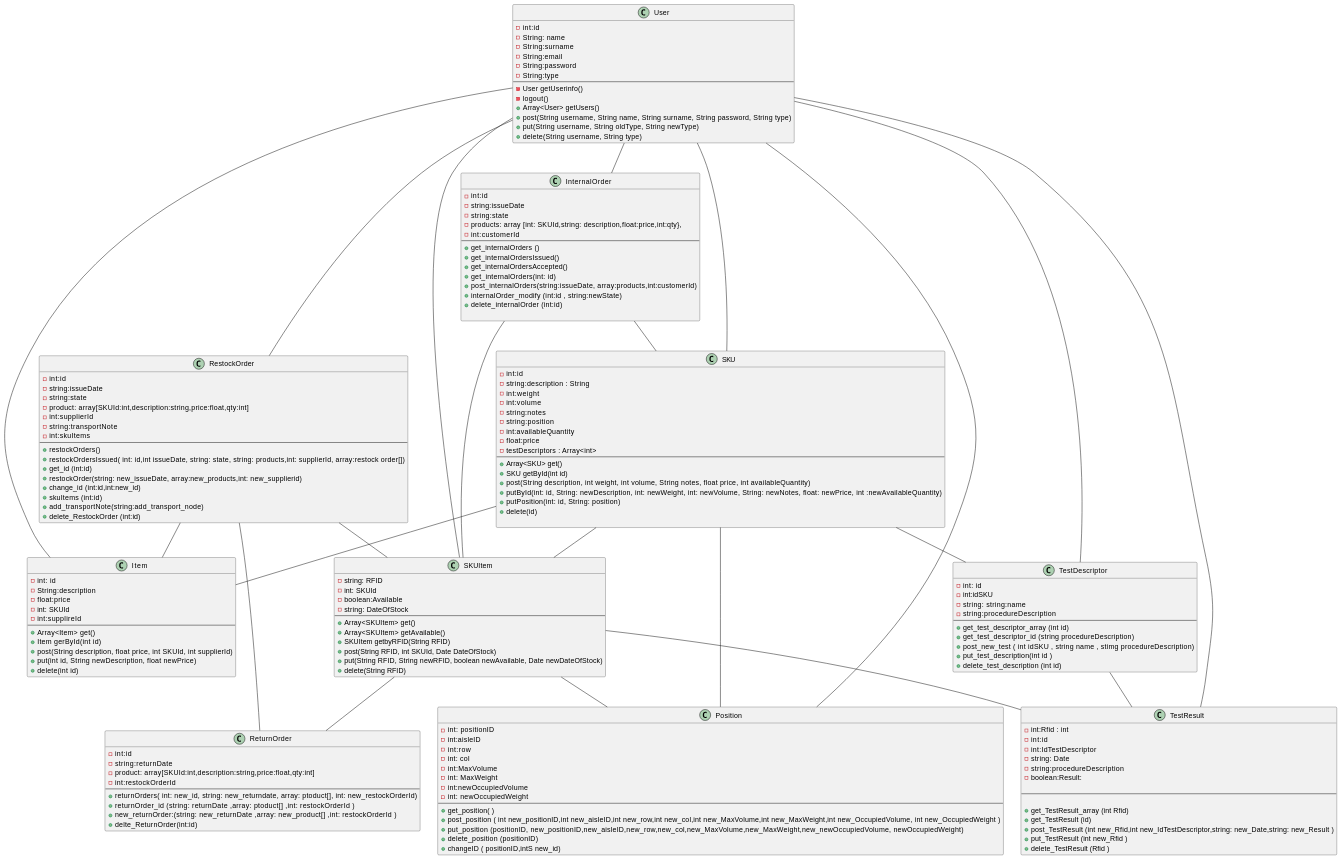
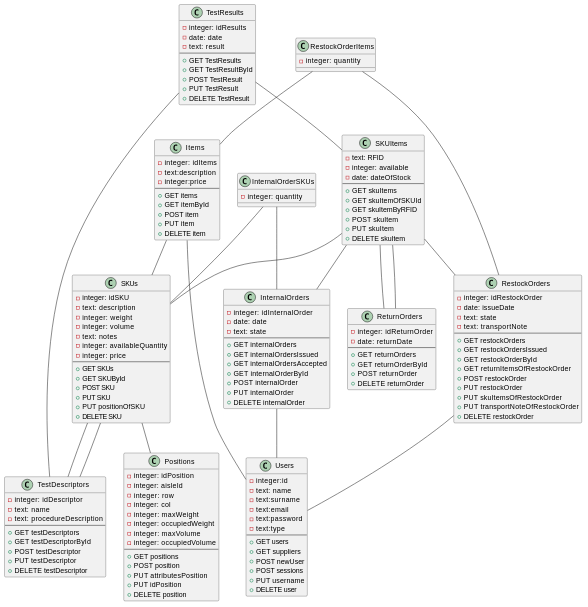
Before and after one commit to robsanity/JavascriptBackEndProjectAndTesting: the first of 5 diagrams in DesignDocument.md, drawn with PlantUML. The commit also changed other lines of this file and 1 other file, not shown here.

Commit message:
design document v3

````diff
--- a/DesignDocument.md
+++ b/DesignDocument.md
@@ -34,197 +40,185 @@
 ```plantuml
 @startuml
+
 top to bottom direction
+
+class Users {
+    - integer:id  
+    - text: name
+    - text:surname
+    - text:email 
+    - text:password 
+    - text:type 
+    --
+    + GET users
+    + GET suppliers
+    + POST newUser
+    + POST sessions
+    + PUT username
+    + DELETE user
+}
+
+class Items {
+    - integer: idItems
+    - text:description 
+    - integer:price 
+    --
+    + GET items
+    + GET itemById
+    + POST item
+    + PUT item
+    + DELETE item
+}
+
+class RestockOrders { 
+    - integer: idRestockOrder
+    - date: issueDate
+    - text: state
+    - text: transportNote
+    --
+    + GET restockOrders
+    + GET restockOrdersIssued
+    + GET restockOrderById
+    + GET returnItemsOfRestockOrder
+    + POST restockOrder
+    + PUT restockOrder
+    + PUT skuItemsOfRestockOrder
+    + PUT transportNoteOfRestockOrder
+    + DELETE restockOrder
+}
+
+class RestockOrderItems { 
+    - integer: quantity
+}
+
+class InternalOrders {
+    - integer: idInternalOrder
+    - date: date
+    - text: state
+    --
+    + GET internalOrders
+    + GET internalOrdersIssued
+    + GET internalOrdersAccepted
+    + GET internalOrderById
+    + POST internalOrder
+    + PUT internalOrder
+    + DELETE internalOrder
+}
+
+class InternalOrderSKUs {
+    - integer: quantity
+}
+
+class ReturnOrders {
+    - integer: idReturnOrder
+    - date: returnDate
+    --
+    + GET returnOrders
+    + GET returnOrderById
+    + POST returnOrder
+    + DELETE returnOrder
+}
+
+class SKUs {
+    - integer: idSKU
+    - text: description
+    - integer: weight
+    - integer: volume
+    - text: notes
+    - integer: availableQuantity
+    - integer: price
+    --
+    + GET SKUs
+    + GET SKUById
+    + POST SKU
+    + PUT SKU
+    + PUT positionOfSKU
+    + DELETE SKU
+}
+
+class SKUItems {
+    - text: RFID
+    - integer: available
+    - date: dateOfStock
+    --
+    + GET skuItems
+    + GET skuItemOfSKUId
+    + GET skuItemByRFID
+    + POST skuItem
+    + PUT skuItem
+    + DELETE skuItem
+}
+
+class TestDescriptors {
+    - integer: idDescriptor
+    - text: name
+    - text: procedureDescription
+    --
+    + GET testDescriptors
+    + GET testDescriptorById
+    + POST testDescriptor
+    + PUT testDescriptor
+    + DELETE testDescriptor
+}
+
+class TestResults {
+    - integer: idResults
+    - date: date
+    - text: result
+    --
+    + GET TestResults
+    + GET TestResultById
+    + POST TestResult
+    + PUT TestResult
+    + DELETE TestResult
+}
+
+class Positions {
+    - integer: idPosition
+    - integer: aisleId
+    - integer: row
+    - integer: col
+    - integer: maxWeight
+    - integer: occupiedWeight
+    - integer: maxVolume
+    - integer: occupiedVolume
+    --
+    + GET positions
+    + POST position
+    + PUT attributesPosition
+    + PUT idPosition
+    + DELETE position
+}
+
+InternalOrders -- Users
+InternalOrderSKUs -- InternalOrders
+InternalOrderSKUs -- SKUs
+
+Items -- SKUs
+Items -- Users
+
+RestockOrderItems -- RestockOrders
+RestockOrderItems -- Items
+
+RestockOrders -- Users
+
+ReturnOrders -- SKUItems
+
+SKUItems -- SKUs
+SKUItems -- InternalOrders
+SKUItems -- RestockOrders
+SKUItems -- ReturnOrders
+
+SKUs -- Positions
+SKUs -- TestDescriptors
+
+TestDescriptors -- SKUs
+
+TestResults -- TestDescriptors
+TestResults -- SKUItems
 
 
 
-class User {
-- int:id  
-- String: name
-- String:surname
-- String:email 
-- String:password 
-- String:type 
---
-- User getUserinfo()
-- logout()
-+ Array<User> getUsers()
-+ post(String username, String name, String surname, String password, String type)
-+ put(String username, String oldType, String newType)
-+ delete(String username, String type)
-}
 
-
-
-class Item {
-- int: id
-- String:description 
-- float:price 
-- int: SKUId 
-- int:supplireId 
---
-+ Array<Item> get()
-+ Item gerById(int id)
-+ post(String description, float price, int SKUId, int supplierId)
-+ put(int id, String newDescription, float newPrice)
-+ delete(int id)
-}
-class RestockOrder
-{ 
--int:id
--string:issueDate
--string:state
--product: array[SKUId:int,description:string,price:float,qty:int]   
--int:supplierId
--string:transportNote
--int:skuItems
---
-+restockOrders()
-+restockOrdersIssued( int: id,int issueDate, string: state, string: products,int: supplierId, array:restock order[])
-+get_id (int:id)
-+restockOrder(string: new_issueDate, array:new_products,int: new_supplierid)
-+change_id (int:id,int:new_id)
-+skuItems (int:id)
-+add_transportNote(string:add_transport_node)
-+delete_RestockOrder (int:id)
-}
-
-class InternalOrder
-{
--int:id
--string:issueDate
--string:state
--products: array [int: SKUId,string: description,float:price,int:qty},
--int:customerId
---
-+get_internalOrders ()
-+get_internalOrdersIssued()
-+get_internalOrdersAccepted()
-+get_internalOrders(int: id)
-+post_internalOrders(string:issueDate, array:products,int:customerId)
-+internalOrder_modify (int:id , string:newState)
-+delete_internalOrder (int:id)
-
-}
-class ReturnOrder
-{
--int:id
--string:returnDate
--product: array[SKUId:int,description:string,price:float,qty:int]   
--int:restockOrderId
---
-+returnOrders( int: new_id, string: new_returndate, array: ptoduct[], int: new_restockOrderId)
-+returnOrder_id (string: returnDate  ,array: ptoduct[] ,int: restockOrderId )
-+new_returnOrder:(string: new_returnDate  ,array: new_product[] ,int: restockOrderId )
-+delte_ReturnOrder(int:id)
-}
-
-
-class SKU {
-- int:id 
-- string:description : String
-- int:weight 
-- int:volume 
-- string:notes 
-- string:position 
-- int:availableQuantity 
-- float:price 
-- testDescriptors : Array<int>
---
-+ Array<SKU> get()
-+ SKU getById(int id)
-+ post(String description, int weight, int volume, String notes, float price, int availableQuantity)
-+ putById(int: id, String: newDescription, int: newWeight, int: newVolume, String: newNotes, float: newPrice, int :newAvailableQuantity)
-+ putPosition(int: id, String: position)
-+ delete(id)
-
-}
-class SKUItem {
-- string: RFID 
-- int: SKUId 
-- boolean:Available
-- string: DateOfStock 
---
-+ Array<SKUItem> get()
-+ Array<SKUItem> getAvailable()
-+ SKUItem getbyRFID(String RFID)
-+ post(String RFID, int SKUId, Date DateOfStock)
-+ put(String RFID, String newRFID, boolean newAvailable, Date newDateOfStock)
-+ delete(String RFID)
-}
-class TestDescriptor
-{
-- int: id 
-- int:idSKU 
-- string: string:name
-- string:procedureDescription
---
-+get_test_descriptor_array (int id)
-+get_test_descriptor_id (string procedureDescription)
-+post_new_test (  int idSKU , string  name , stimg procedureDescription)
-+put_test_description(int id )
-+delete_test_description (int id)
-}
-
-class TestResult
-{
-- int:Rfid : int
-- int:id 
-- int:IdTestDescriptor 
-- string: Date  
-- string:procedureDescription
-- boolean:Result:
-
---
-
-+get_TestResult_array (int Rfid)
-+get_TestResult (id)
-+post_TestResult (int new_Rfid,int new_IdTestDescriptor,string: new_Date,string: new_Result )
-+put_TestResult (int new_Rfid )
-+delete_TestResult (Rfid )
-}
-
-class Position
-{
-- int: positionID
-- int:aisleID
-- int:row
-- int: col
-- int:MaxVolume
-- int: MaxWeight
-- int:newOccupiedVolume
-- int: newOccupiedWeight
---
-+ get_position( )
-+post_position ( int new_positionID,int new_aisleID,int new_row,int new_col,int new_MaxVolume,int new_MaxWeight,int new_OccupiedVolume, int new_OccupiedWeight )
-+put_position    (positionID, new_positionID,new_aisleID,new_row,new_col,new_MaxVolume,new_MaxWeight,new_newOccupiedVolume, newOccupiedWeight)
-+delete_position (positionID)
-+changeID ( positionID,intS new_id)
-}
-
-SKUItem -- TestResult
-User -- InternalOrder
-User --  Item
-User --  RestockOrder
-SKUItem  -- Position
-InternalOrder -- SKU
-InternalOrder -- SKUItem
-RestockOrder -- Item
-RestockOrder -- ReturnOrder
-RestockOrder -- SKUItem
-SKUItem -- ReturnOrder
-SKU -- SKUItem
-SKU -- Item
-SKU -- TestDescriptor
-TestDescriptor -- TestResult
-SKU -- Position
-
-
-
-User -- SKU
-User -- Position
-
-User -- TestDescriptor
-User -- TestResult
-User -- SKUItem
 @enduml
 ```
````
